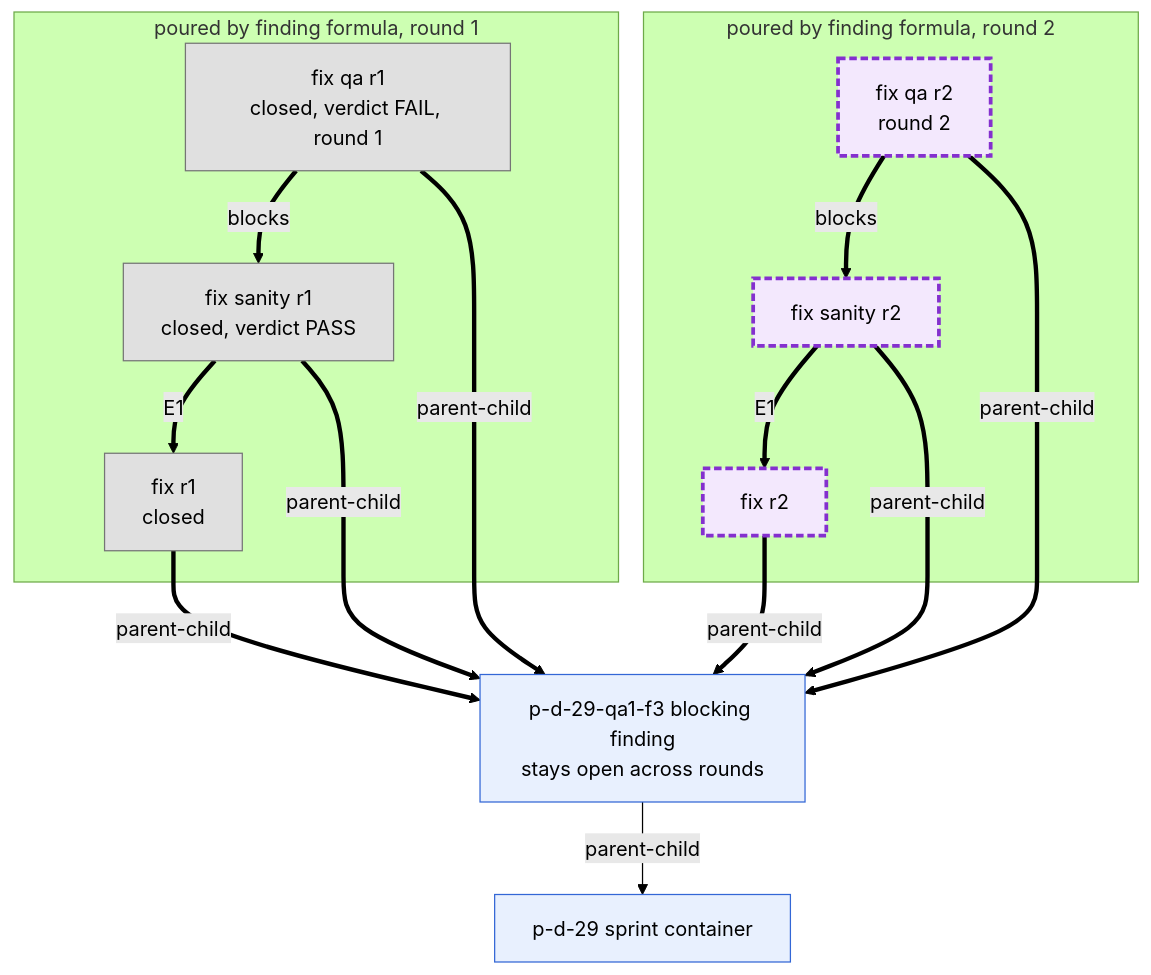
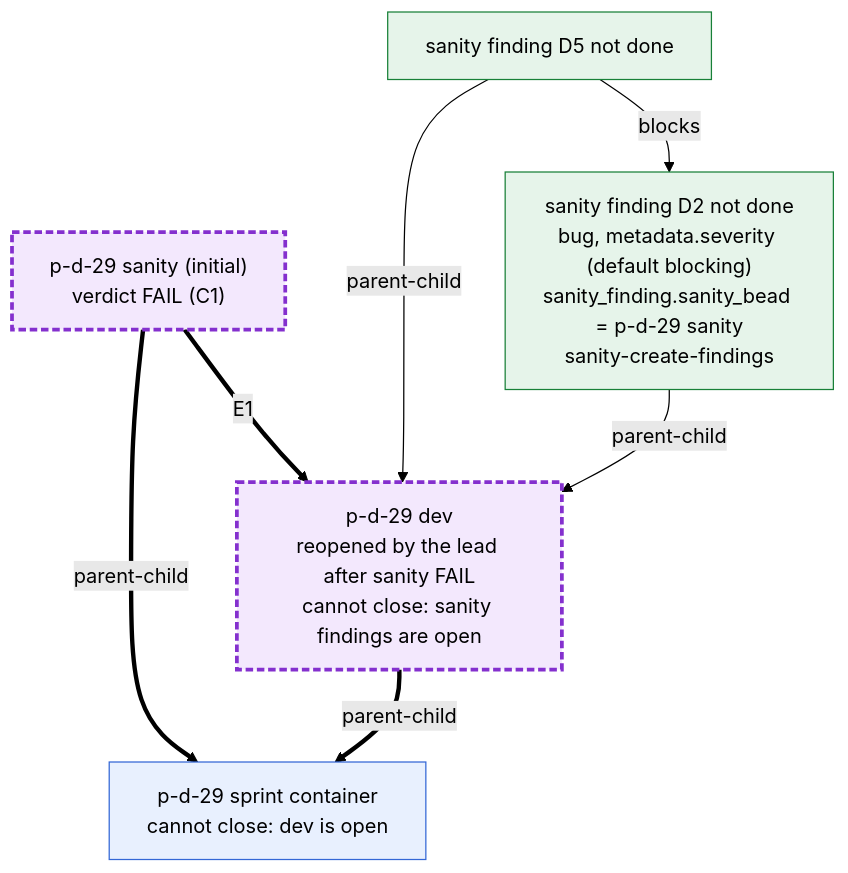
The fourth of 4 diagrams in docs/diagrams/04-sprint-to-be.md (randlee/atm-bd-orchestration), drawn with Mermaid (forest theme) before and after one commit. The commit also changed other lines of this file and 5 other files, not shown here.

First line of the commit message:
docs: apply Rand's rulings to the bead diagrams

````diff
--- a/docs/diagrams/04-sprint-to-be.md
+++ b/docs/diagrams/04-sprint-to-be.md
@@ -151,32 +182,19 @@
 ```mermaid
 flowchart TB
   classDef tmpl fill:#e8f0fe,stroke:#3367d6,color:#000
   classDef poured fill:#f3e8fd,stroke:#8430ce,stroke-width:3px,stroke-dasharray:6 3,color:#000
-  classDef closed fill:#e0e0e0,stroke:#757575,color:#000
+  classDef script fill:#e6f4ea,stroke:#188038,color:#000
 
-  SPR["p-d-29 sprint container"]:::tmpl
-  F["p-d-29-qa1-f3 blocking finding<br/>stays open across rounds"]:::tmpl
+  SPR["p-d-29 sprint container<br/>cannot close: dev is open"]:::tmpl
+  DEV["p-d-29 dev<br/>reopened by the lead after sanity FAIL<br/>cannot close: sanity findings are open"]:::poured
+  SAN["p-d-29 sanity (initial)<br/>verdict FAIL (C1)"]:::poured
+  SF1["sanity finding D2 not done<br/>bug, metadata.severity (default blocking)<br/>sanity_finding.sanity_bead = p-d-29 sanity<br/>sanity-create-findings"]:::script
+  SF2["sanity finding D5 not done"]:::script
 
-  subgraph R1["poured by finding formula, round 1"]
-    FX1["fix r1<br/>closed"]:::closed
-    FS1["fix sanity r1<br/>closed, verdict PASS"]:::closed
-    FQ1["fix qa r1<br/>closed, verdict FAIL, round 1"]:::closed
-  end
-  subgraph R2["poured by finding formula, round 2"]
-    FX2["fix r2"]:::poured
-    FS2["fix sanity r2"]:::poured
-    FQ2["fix qa r2<br/>round 2"]:::poured
-  end
-
-  F -->|parent-child| SPR
-  FX1 ==>|parent-child| F
-  FS1 ==>|parent-child| F
-  FQ1 ==>|parent-child| F
-  FS1 ==>|"E1"| FX1
-  FQ1 ==>|blocks| FS1
-  FX2 ==>|parent-child| F
-  FS2 ==>|parent-child| F
-  FQ2 ==>|parent-child| F
-  FS2 ==>|"E1"| FX2
-  FQ2 ==>|blocks| FS2
+  DEV ==>|parent-child| SPR
+  SAN ==>|parent-child| SPR
+  SAN ==>|"E1"| DEV
+  SF1 -->|parent-child| DEV
+  SF2 -->|parent-child| DEV
+  SF2 -->|blocks| SF1
 ```
````
